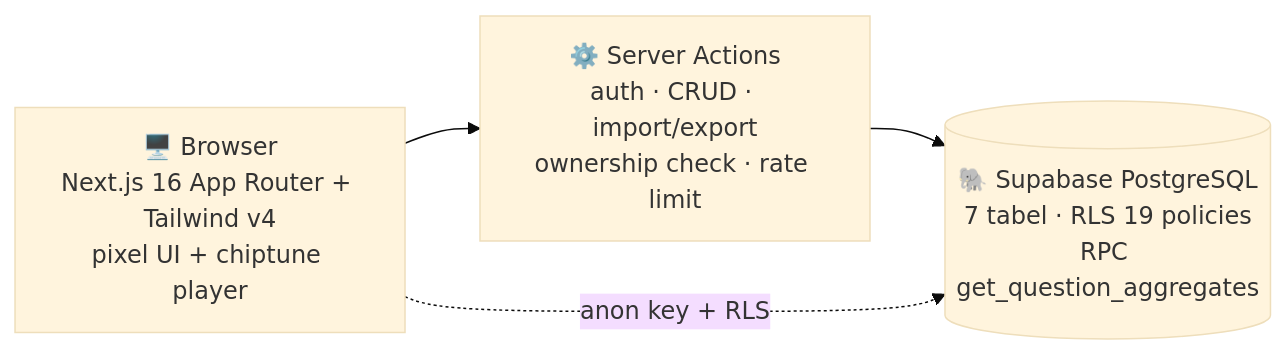
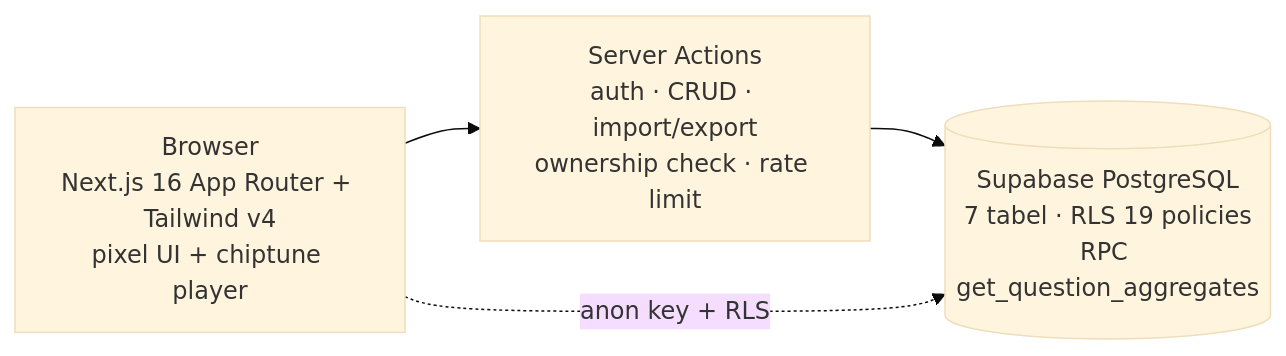
Before and after one commit to kandarlubis31/kuis-kuy-showcase: the diagram in README.md, drawn with Mermaid (base theme). The commit also changed other lines of this file, not shown here.

````diff
--- a/README.md
+++ b/README.md
@@ -58,8 +58,8 @@
 ```mermaid
 flowchart LR
-    B["🖥️ Browser<br/>Next.js 16 App Router + Tailwind v4<br/>pixel UI + chiptune player"]
-    SA["⚙️ Server Actions<br/>auth · CRUD · import/export<br/>ownership check · rate limit"]
-    DB[("🐘 Supabase PostgreSQL<br/>7 tabel · RLS 19 policies<br/>RPC get_question_aggregates")]
+    B[" Browser<br/>Next.js 16 App Router + Tailwind v4<br/>pixel UI + chiptune player"]
+    SA[" Server Actions<br/>auth · CRUD · import/export<br/>ownership check · rate limit"]
+    DB[(" Supabase PostgreSQL<br/>7 tabel · RLS 19 policies<br/>RPC get_question_aggregates")]
     B --> SA --> DB
     B -.->|"anon key + RLS"| DB
 ```
````
